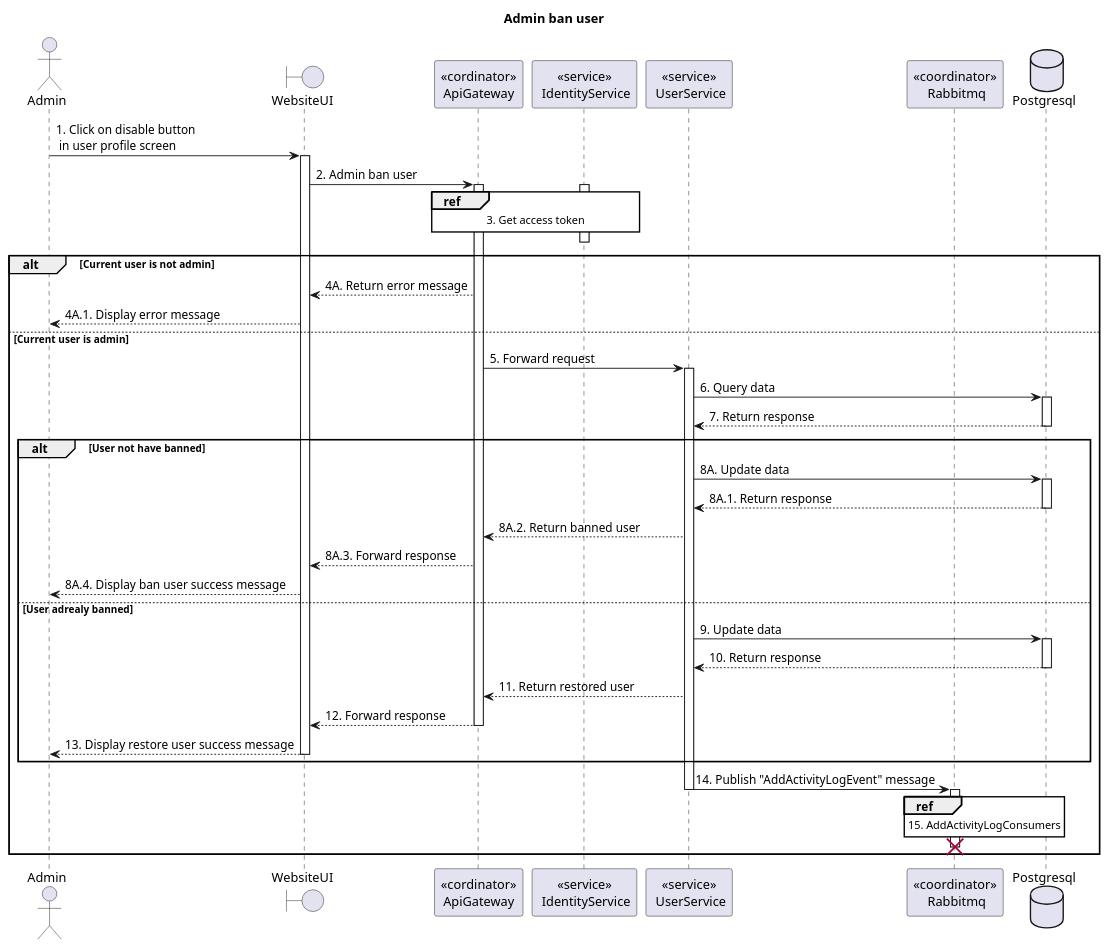
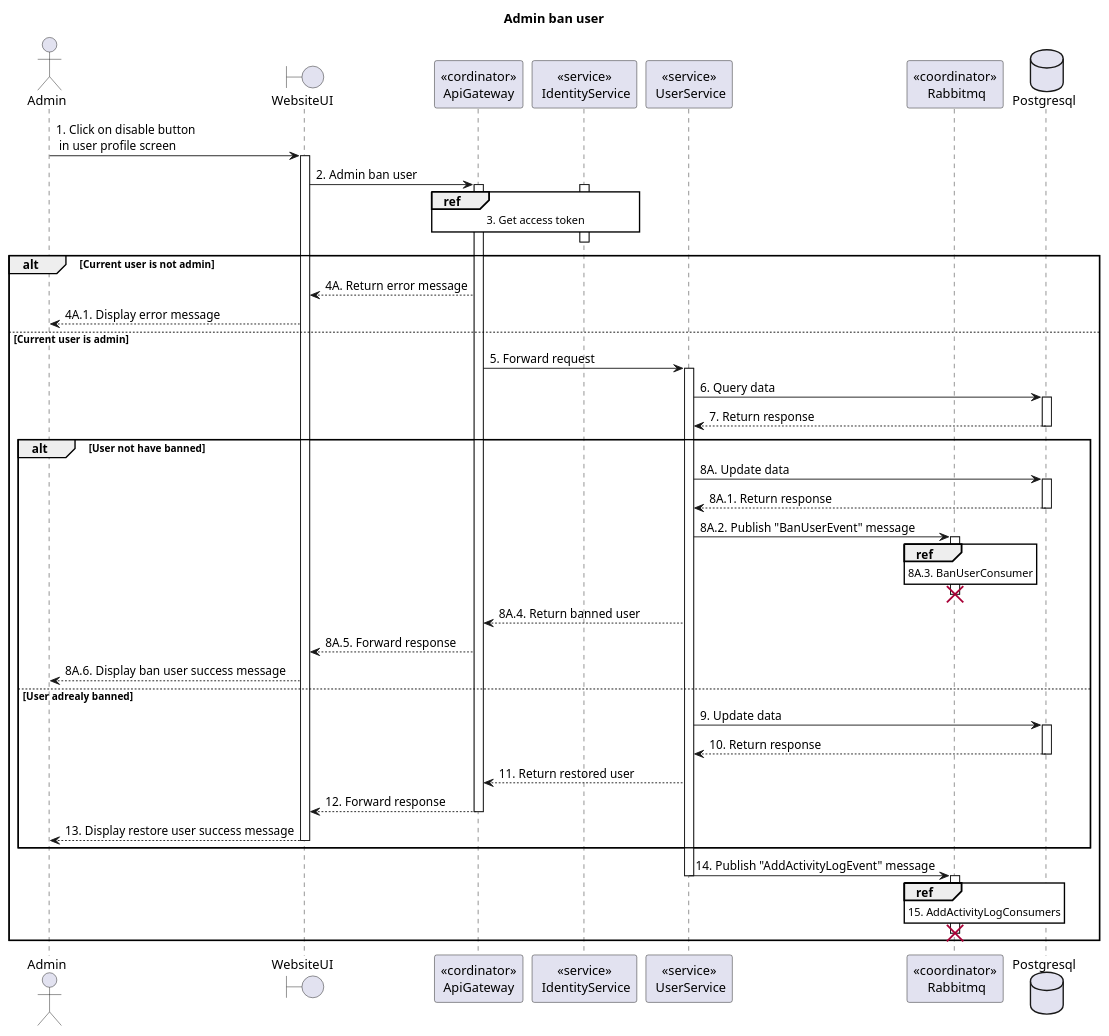
One commit to Carl-Johnsons/tastopia changed the diagram in doc/SDS/User/Admin ban user/Sequence.plantuml. Above: the diagram before and after it, drawn with PlantUML. The commit also changed 2 other files, not shown here.

Commit message:
doc: update ban user class  and sequence

```diff
--- a/doc/SDS/User/Admin ban user/Sequence.plantuml
+++ b/doc/SDS/User/Admin ban user/Sequence.plantuml
@@ -1,58 +1,63 @@
 @startuml Sequence
 title "Admin ban user"
 
 ' Style section
 <style>
   sequenceDiagram {
     reference {
       BackGroundColor white
     }
 }
 </style>
 
 actor Admin
 boundary WebsiteUI
 participant "<<cordinator>>\nApiGateway" as ApiGateway
 participant "<<service>>\n IdentityService" as IdentityService
 participant "<<service>>\n UserService" as UserService
 participant "<<coordinator>>\n Rabbitmq" as Rabbitmq
 database Postgresql
 
 Admin -> WebsiteUI ++: 1. Click on disable button \n in user profile screen
 WebsiteUI -> ApiGateway ++: 2. Admin ban user
 
 activate IdentityService
 ref over ApiGateway, IdentityService: 3. Get access token
 ApiGateway -[hidden]-> IdentityService
 deactivate IdentityService
 
 alt Current user is not admin
     WebsiteUI <-- ApiGateway: 4A. Return error message
     Admin <-- WebsiteUI: 4A.1. Display error message
 else Current user is admin
     ApiGateway -> UserService ++: 5. Forward request
     UserService -> Postgresql++: 6. Query data
     UserService <-- Postgresql--: 7. Return response
     alt User not have banned
       UserService -> Postgresql++: 8A. Update data
       UserService <-- Postgresql--: 8A.1. Return response
-      ApiGateway <-- UserService: 8A.2. Return banned user
-      WebsiteUI <-- ApiGateway: 8A.3. Forward response
-      Admin <-- WebsiteUI: 8A.4. Display ban user success message
+      UserService -> Rabbitmq: 8A.2. Publish "BanUserEvent" message 
+      activate Rabbitmq
+      ref over Rabbitmq: 8A.3. BanUserConsumer
+      Rabbitmq -[hidden]> 
+      destroy Rabbitmq
+      ApiGateway <-- UserService: 8A.4. Return banned user
+      WebsiteUI <-- ApiGateway: 8A.5. Forward response
+      Admin <-- WebsiteUI: 8A.6. Display ban user success message
     else User adrealy banned
       UserService -> Postgresql++: 9. Update data
       UserService <-- Postgresql--: 10. Return response
       ApiGateway <-- UserService: 11. Return restored user
       WebsiteUI <-- ApiGateway--: 12. Forward response
       Admin <-- WebsiteUI--: 13. Display restore user success message
     end alt
     UserService -> Rabbitmq: 14. Publish "AddActivityLogEvent" message 
     deactivate UserService
     activate Rabbitmq
     ref over Rabbitmq: 15. AddActivityLogConsumers
     Rabbitmq -[hidden]> 
     destroy Rabbitmq
 end alt
 
 
 @enduml
```
